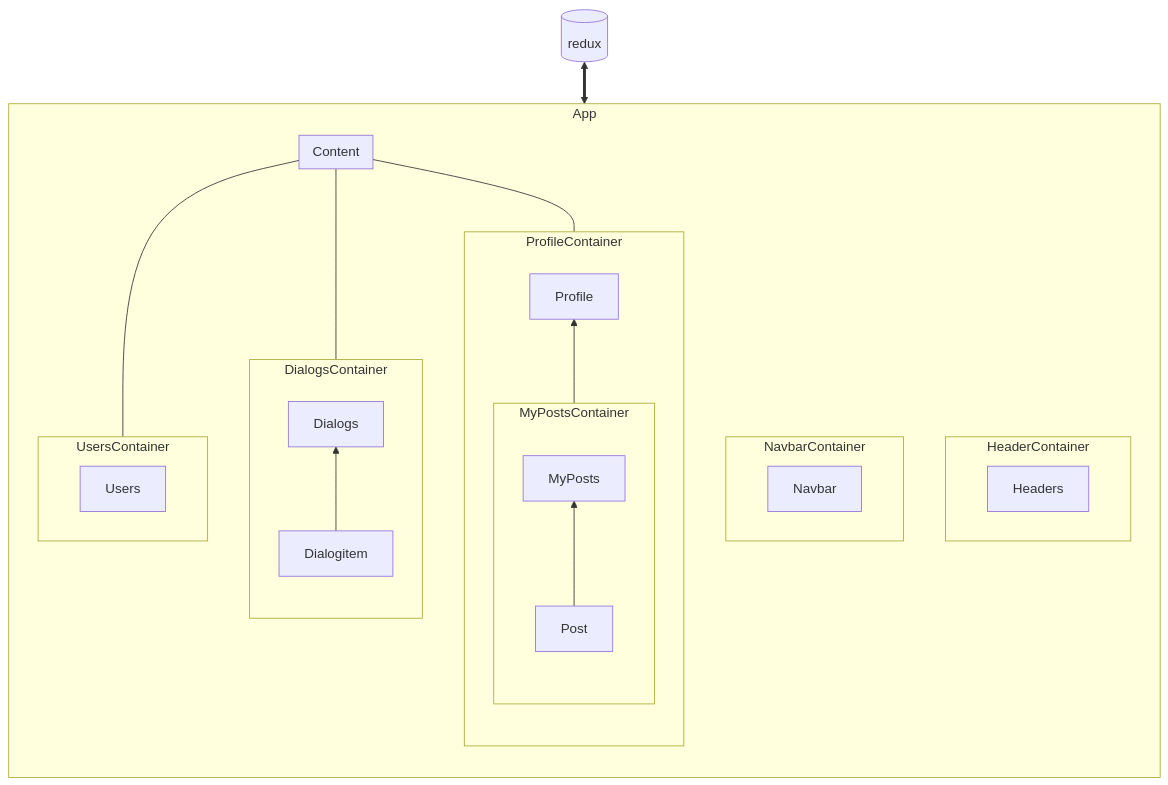
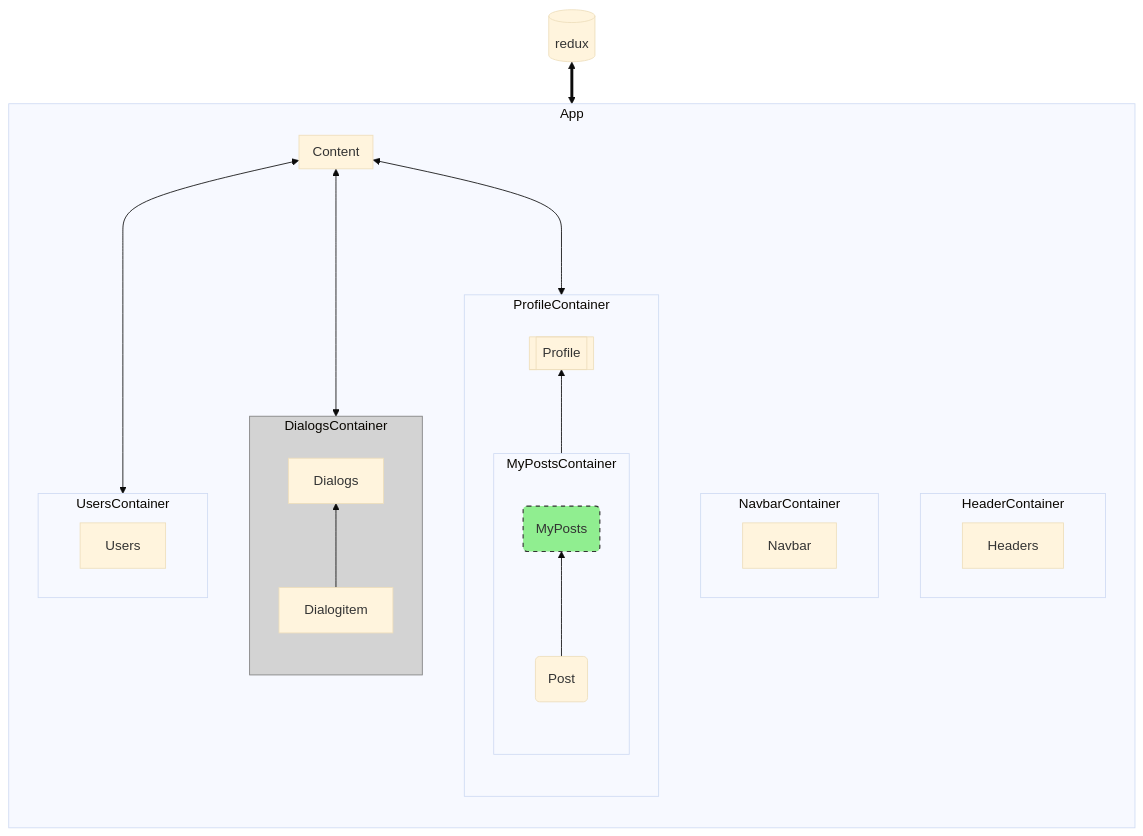
Before and after one commit to bahentos/it-kama-new: the first of 5 diagrams in docs/structure/structure.md, drawn with Mermaid. The commit also changed other lines of this file, not shown here.

````diff
--- a/docs/structure/structure.md
+++ b/docs/structure/structure.md
@@ -3,45 +3,49 @@
 ```mermaid
+%%{init: {'securityLevel': 'loose', 'theme':'base'}}%%
 flowchart TB
     R[(redux)] <==> App
 
     subgraph App
         direction TB
-        Content --- DialogsContainer
-        Content --- ProfileContainer
-        Content --- UsersContainer
+        Content <---> DialogsContainer
+        Content <---> ProfileContainer
+        Content <---> UsersContainer
         subgraph Content
       end
       
       subgraph HeaderContainer
         H[Headers]
       end
 
       subgraph NavbarContainer
         N[Navbar]
       end
 
       subgraph DialogsContainer
         direction BT
         D2[Dialogitem] --> D1[Dialogs]
       end
       
       subgraph ProfileContainer
         direction BT
         MyPostsContainer --> P1
-        P1[Profile]
+        P1[[Profile]]
         subgraph MyPostsContainer
           direction BT
           P3 --> P2
-          P2[MyPosts]
-          P3[Post]
+          P2(MyPosts):::green
+          P3(Post)
         end
       end
 
       subgraph UsersContainer
         U[Users]
       end
     end
 
+classDef green fill:lightgreen , stroke-width: 1pt, stroke:#333, stroke-dasharray: 5 5
+
+style DialogsContainer fill:lightgray, stroke:gray, boxTextMargin:20
    
 
 ```
````
